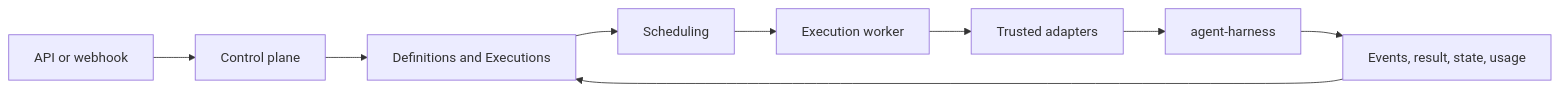
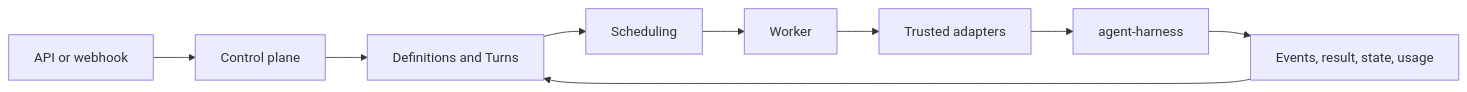
Before and after one commit to LTThreeComma/agent-foundation: the second of 4 diagrams in spec/README.md, drawn with Mermaid. The commit also changed other lines of this file and 31 other files, not shown here.

````diff
--- a/spec/README.md
+++ b/spec/README.md
@@ -184,11 +184,11 @@
 ```mermaid
 flowchart LR
     Ingress[API or webhook] --> Control[Control plane]
-    Control --> Durable[Definitions and Executions]
+    Control --> Durable[Definitions and Turns]
     Durable --> Queue[Scheduling]
-    Queue --> Worker[Execution worker]
+    Queue --> Worker[Worker]
     Worker --> Reconstruct[Trusted adapters]
     Reconstruct --> Harness[agent-harness]
     Harness --> Candidate[Events, result, state, usage]
     Candidate --> Durable
 ```
````
